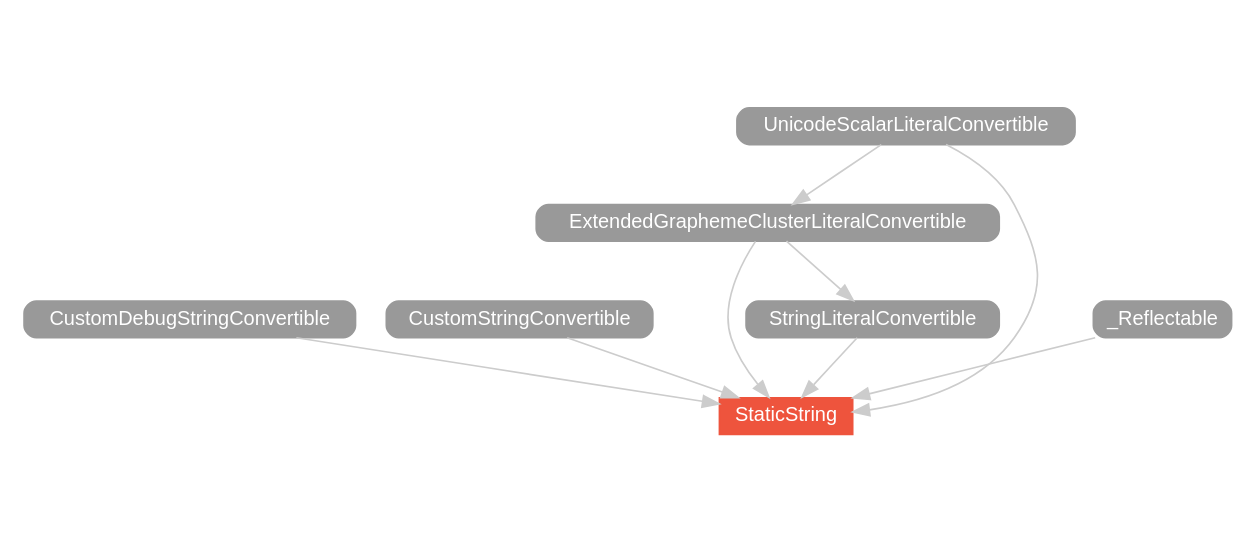
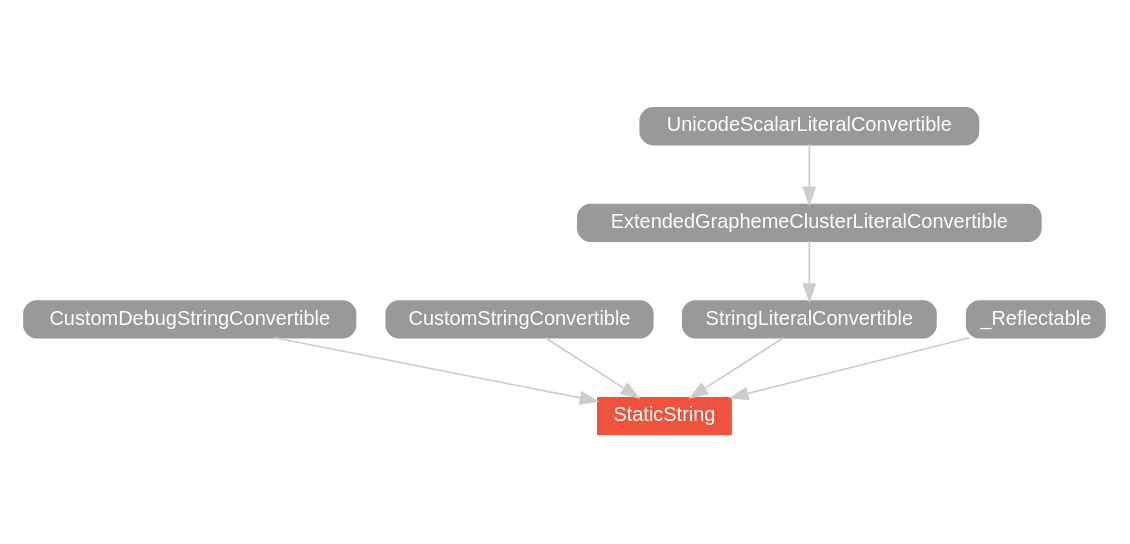
Before and after one commit to SwiftDoc/SwiftDoc.github.io: the diagram in v2.1/type/StaticString/hierarchy/index.dot, drawn with Graphviz. The commit also changed 1932 other files, not shown here.

```diff
--- a/v2.1/type/StaticString/hierarchy/index.dot
+++ b/v2.1/type/StaticString/hierarchy/index.dot
@@ -1,23 +1,20 @@
 strict digraph "StaticString - Type Hierarchy - SwiftDoc.org" {
     pad="0.1,0.8"
     node [shape=box, style="filled,rounded", color="#999999", fillcolor="#999999", fontcolor=white, fontname=Helvetica, fontnames="Helvetica,sansserif", fontsize=12, margin="0.07,0.05", height="0.3"]
     edge [color="#cccccc"]
     "CustomDebugStringConvertible" [URL="/protocol/CustomDebugStringConvertible/"]
     "CustomStringConvertible" [URL="/protocol/CustomStringConvertible/"]
     "ExtendedGraphemeClusterLiteralConvertible" [URL="/protocol/ExtendedGraphemeClusterLiteralConvertible/"]
     "StaticString" [URL="/type/StaticString/", style="filled", fillcolor="#ee543d", color="#ee543d"]
     "StringLiteralConvertible" [URL="/protocol/StringLiteralConvertible/"]
     "UnicodeScalarLiteralConvertible" [URL="/protocol/UnicodeScalarLiteralConvertible/"]
-    "_Reflectable" [URL="/protocol/_Reflectable/"]    "UnicodeScalarLiteralConvertible" -> "StaticString"
-    "ExtendedGraphemeClusterLiteralConvertible" -> "StaticString"
-    "StringLiteralConvertible" -> "StaticString"
+    "_Reflectable" [URL="/protocol/_Reflectable/"]    "StringLiteralConvertible" -> "StaticString"
     "CustomStringConvertible" -> "StaticString"
     "CustomDebugStringConvertible" -> "StaticString"
     "_Reflectable" -> "StaticString"
-    "UnicodeScalarLiteralConvertible" -> "ExtendedGraphemeClusterLiteralConvertible"
     "ExtendedGraphemeClusterLiteralConvertible" -> "StringLiteralConvertible"
     "UnicodeScalarLiteralConvertible" -> "ExtendedGraphemeClusterLiteralConvertible"
     subgraph Types {
         rank = max; "StaticString";
     }
 }
```
